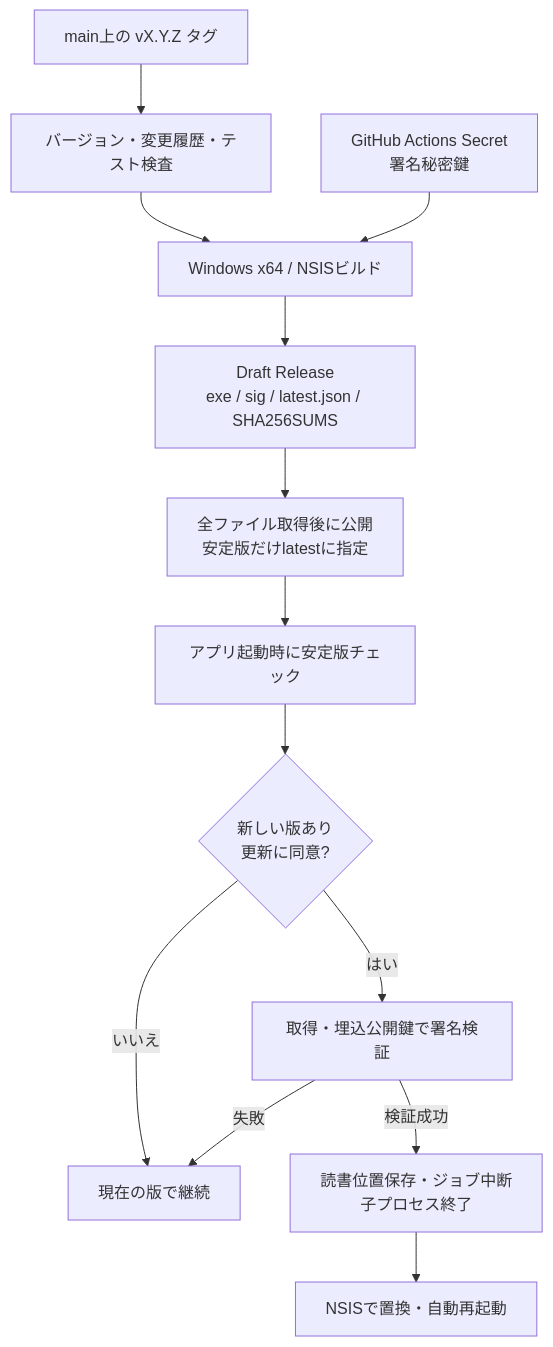
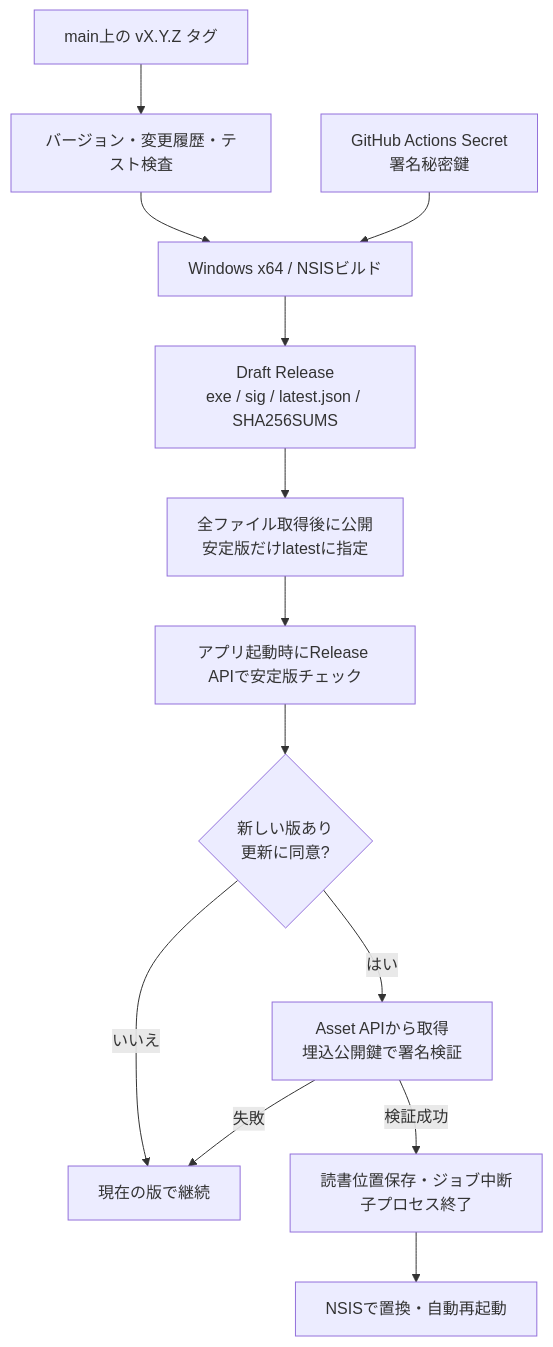
Before and after one commit to k-zshiba/Gradia: the fourth of 4 diagrams in docs/architecture.md, drawn with Mermaid. The commit also changed other lines of this file and 11 other files, not shown here.

````diff
--- a/docs/architecture.md
+++ b/docs/architecture.md
@@ -114,15 +114,15 @@
 ```mermaid
 flowchart TB
   Tag["main上の vX.Y.Z タグ"] --> Check["バージョン・変更履歴・テスト検査"]
   Check --> Build["Windows x64 / NSISビルド"]
   Secret["GitHub Actions Secret<br/>署名秘密鍵"] --> Build
   Build --> Draft["Draft Release<br/>exe / sig / latest.json / SHA256SUMS"]
   Draft --> Publish["全ファイル取得後に公開<br/>安定版だけlatestに指定"]
-  Publish --> Startup["アプリ起動時に安定版チェック"]
+  Publish --> Startup["アプリ起動時にRelease APIで安定版チェック"]
   Startup --> Prompt{"新しい版あり<br/>更新に同意?"}
   Prompt -->|"いいえ"| Read["現在の版で継続"]
-  Prompt -->|"はい"| Download["取得・埋込公開鍵で署名検証"]
+  Prompt -->|"はい"| Download["Asset APIから取得<br/>埋込公開鍵で署名検証"]
   Download -->|"検証成功"| Stop["読書位置保存・ジョブ中断<br/>子プロセス終了"]
   Download -->|"失敗"| Read
   Stop --> Install["NSISで置換・自動再起動"]
 ```
````
